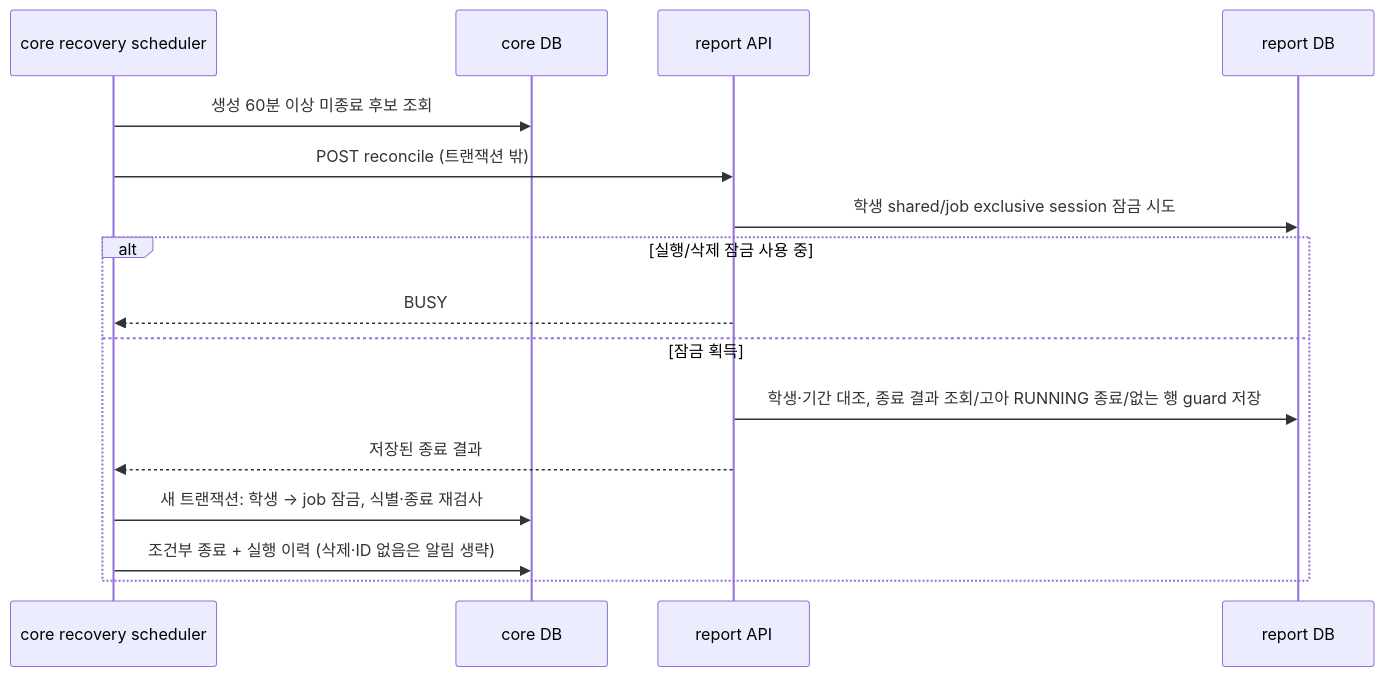
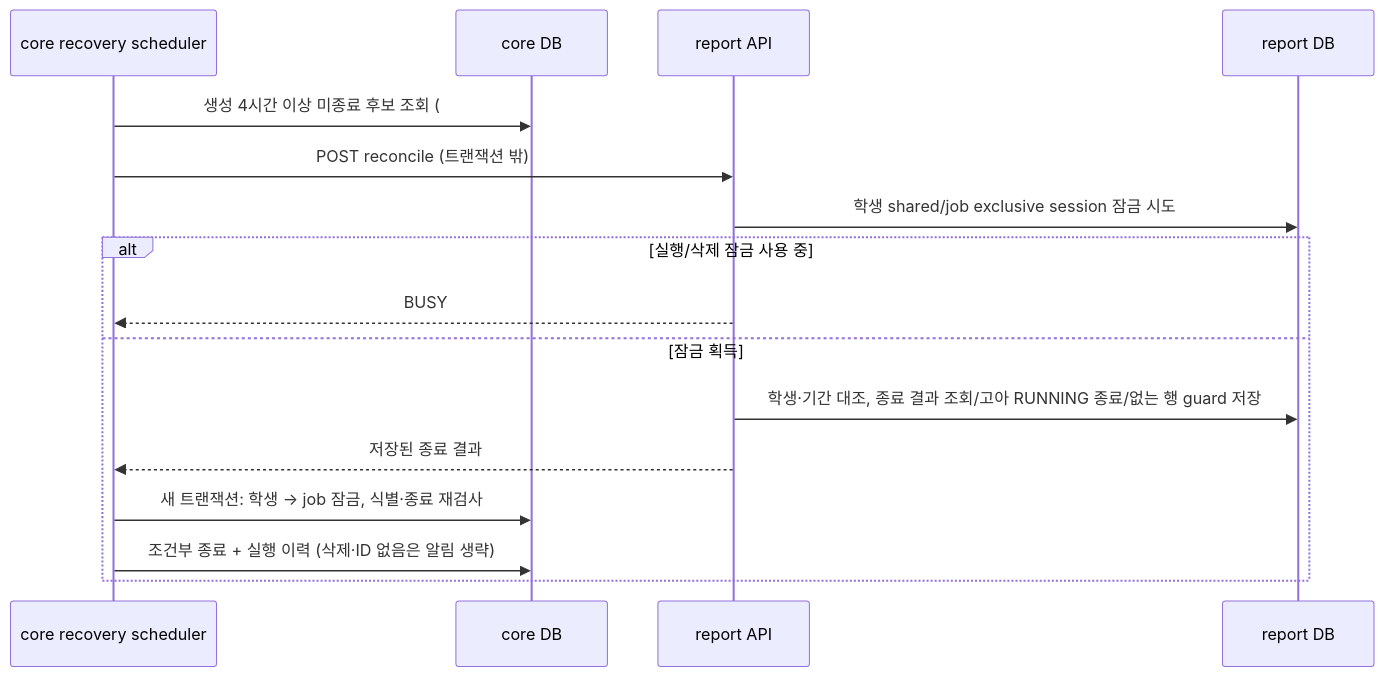
Before and after one commit to SKNETWORKS-FAMILY-AICAMP/SKN34-FINAL-3TEAM: diagram 24 of 36 in docs/design/sequence-diagram.md, drawn with Mermaid. The commit also changed other lines of this file and 22 other files, not shown here.

````diff
--- a/docs/design/sequence-diagram.md
+++ b/docs/design/sequence-diagram.md
@@ -1052,18 +1063,18 @@
 ```mermaid
 sequenceDiagram
   participant S as core recovery scheduler
   participant C as core DB
   participant R as report API
   participant D as report DB
-  S->>C: 생성 60분 이상 미종료 후보 조회
+  S->>C: 생성 4시간 이상 미종료 후보 조회 (#508)
   S->>R: POST reconcile (트랜잭션 밖)
   R->>D: 학생 shared/job exclusive session 잠금 시도
   alt 실행/삭제 잠금 사용 중
     R-->>S: BUSY
   else 잠금 획득
     R->>D: 학생·기간 대조, 종료 결과 조회/고아 RUNNING 종료/없는 행 guard 저장
     R-->>S: 저장된 종료 결과
     S->>C: 새 트랜잭션: 학생 → job 잠금, 식별·종료 재검사
     S->>C: 조건부 종료 + 실행 이력 (삭제·ID 없음은 알림 생략)
   end
 ```
````
